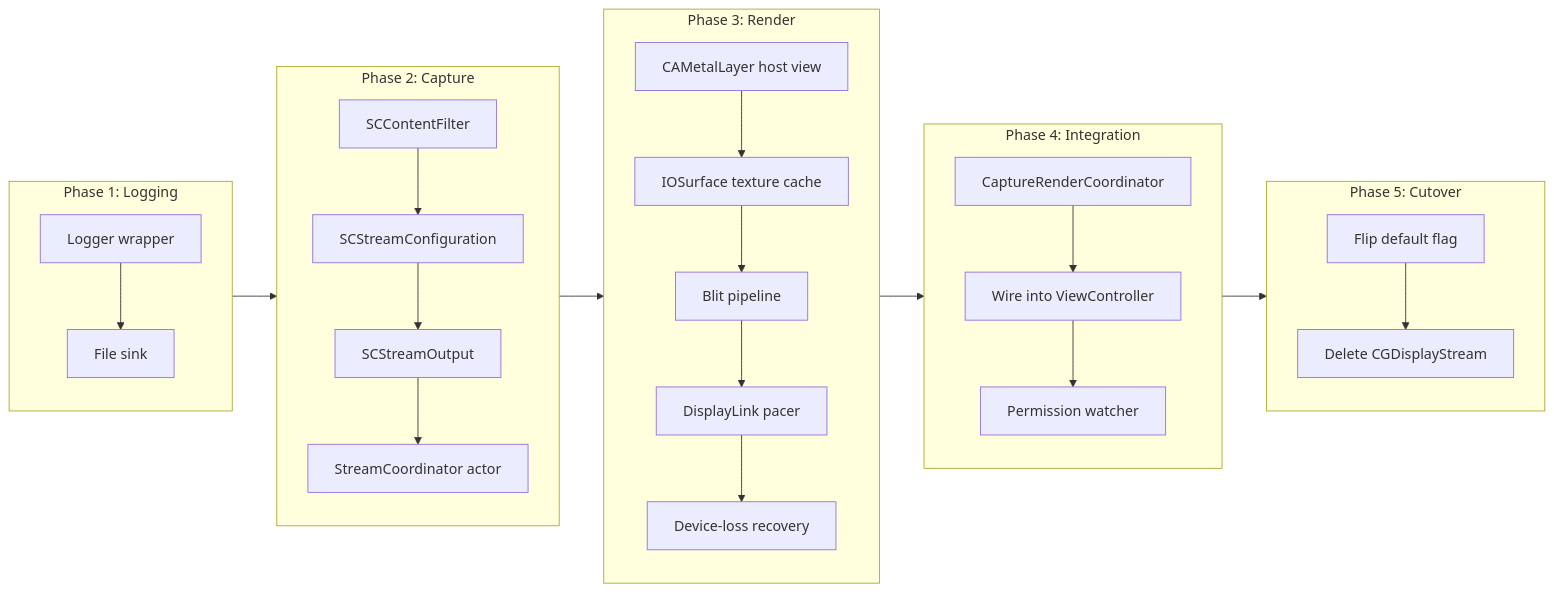
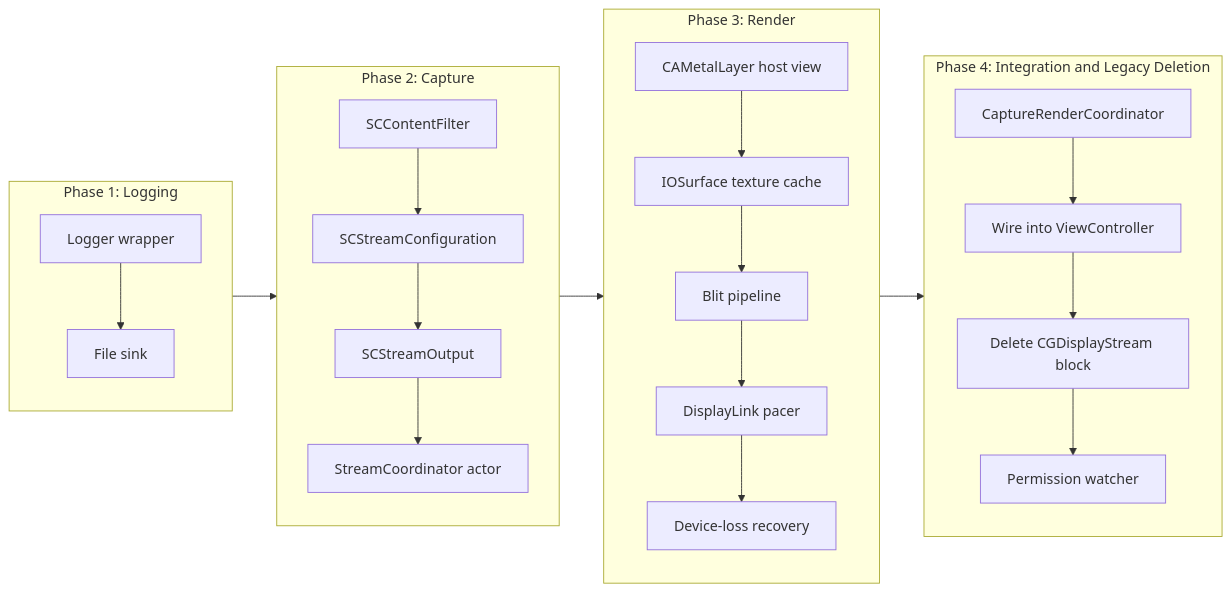
The third of 3 diagrams in docs/cr/CR-0001-gpu-rendering-pipeline.md (desek/DeskPad), drawn with Mermaid before and after one commit. The commit also changed other lines of this file, not shown here.

````diff
--- a/docs/cr/CR-0001-gpu-rendering-pipeline.md
+++ b/docs/cr/CR-0001-gpu-rendering-pipeline.md
@@ -629,25 +637,23 @@
 ```mermaid
 flowchart LR
     subgraph P1["Phase 1: Logging"]
         A1[Logger wrapper] --> A2[File sink]
     end
     subgraph P2["Phase 2: Capture"]
         B1[SCContentFilter] --> B2[SCStreamConfiguration]
         B2 --> B3[SCStreamOutput]
         B3 --> B4[StreamCoordinator actor]
     end
     subgraph P3["Phase 3: Render"]
         C1[CAMetalLayer host view] --> C2[IOSurface texture cache]
         C2 --> C3[Blit pipeline]
         C3 --> C4[DisplayLink pacer]
         C4 --> C5[Device-loss recovery]
     end
-    subgraph P4["Phase 4: Integration"]
+    subgraph P4["Phase 4: Integration and Legacy Deletion"]
         D1[CaptureRenderCoordinator] --> D2[Wire into ViewController]
-        D2 --> D3[Permission watcher]
+        D2 --> D3[Delete CGDisplayStream block]
+        D3 --> D4[Permission watcher]
     end
-    subgraph P5["Phase 5: Cutover"]
-        E1[Flip default flag] --> E2[Delete CGDisplayStream]
-    end
-    P1 --> P2 --> P3 --> P4 --> P5
+    P1 --> P2 --> P3 --> P4
 ```
````
